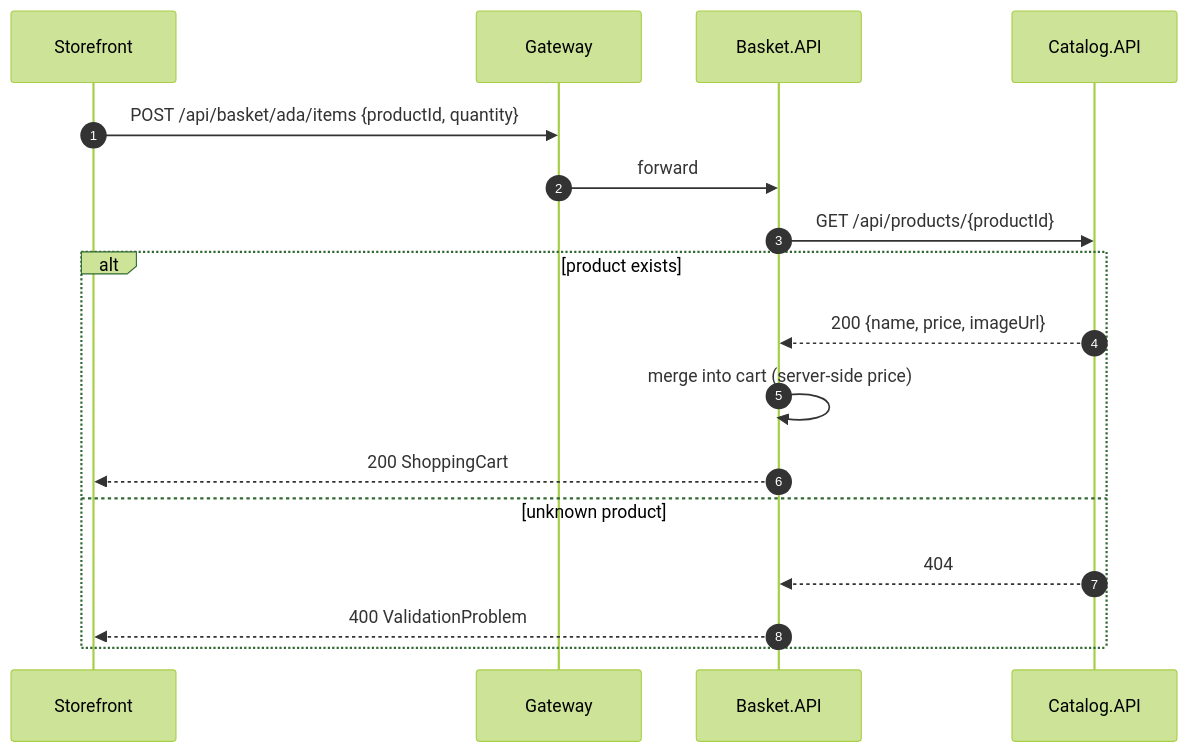
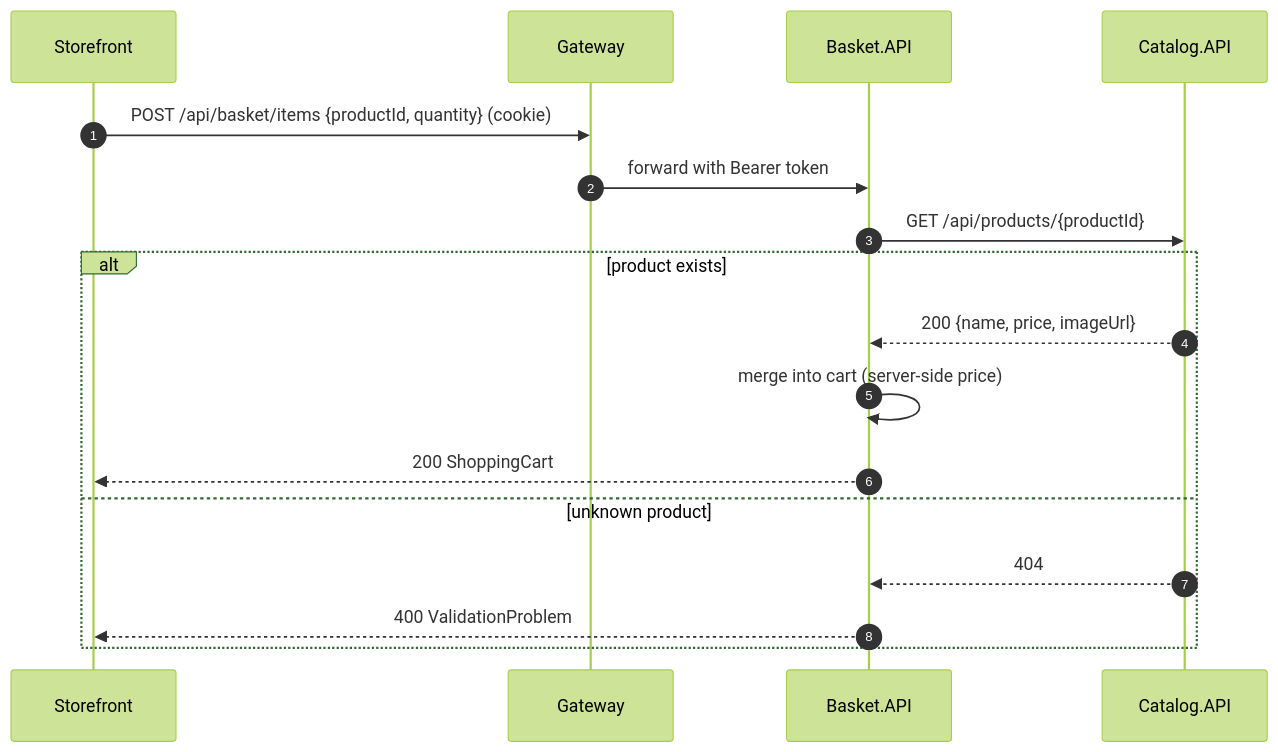
One commit to dejanciev-dev/aspnetcore-microservices changed the seventh of 8 diagrams in docs/architecture.md. Above: the diagram before and after it, drawn with Mermaid (forest theme). The commit also changed other lines of this file and 4 other files, not shown here.

````diff
--- a/docs/architecture.md
+++ b/docs/architecture.md
@@ -283,20 +378,20 @@
 ```mermaid
 sequenceDiagram
     autonumber
     participant UI as Storefront
     participant GW as Gateway
     participant B as Basket.API
     participant C as Catalog.API
 
-    UI->>GW: POST /api/basket/ada/items {productId, quantity}
-    GW->>B: forward
+    UI->>GW: POST /api/basket/items {productId, quantity} (cookie)
+    GW->>B: forward with Bearer token
     B->>C: GET /api/products/{productId}
     alt product exists
         C-->>B: 200 {name, price, imageUrl}
         B->>B: merge into cart (server-side price)
         B-->>UI: 200 ShoppingCart
     else unknown product
         C-->>B: 404
         B-->>UI: 400 ValidationProblem
     end
 ```
````
